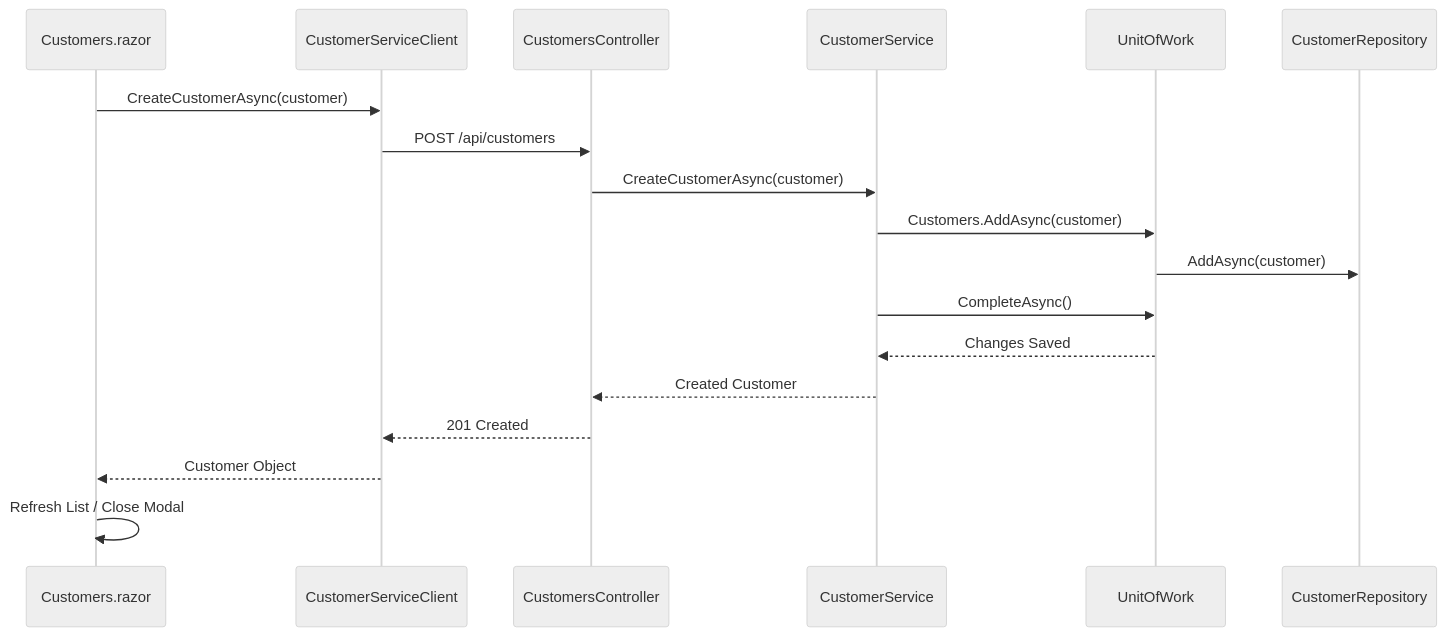
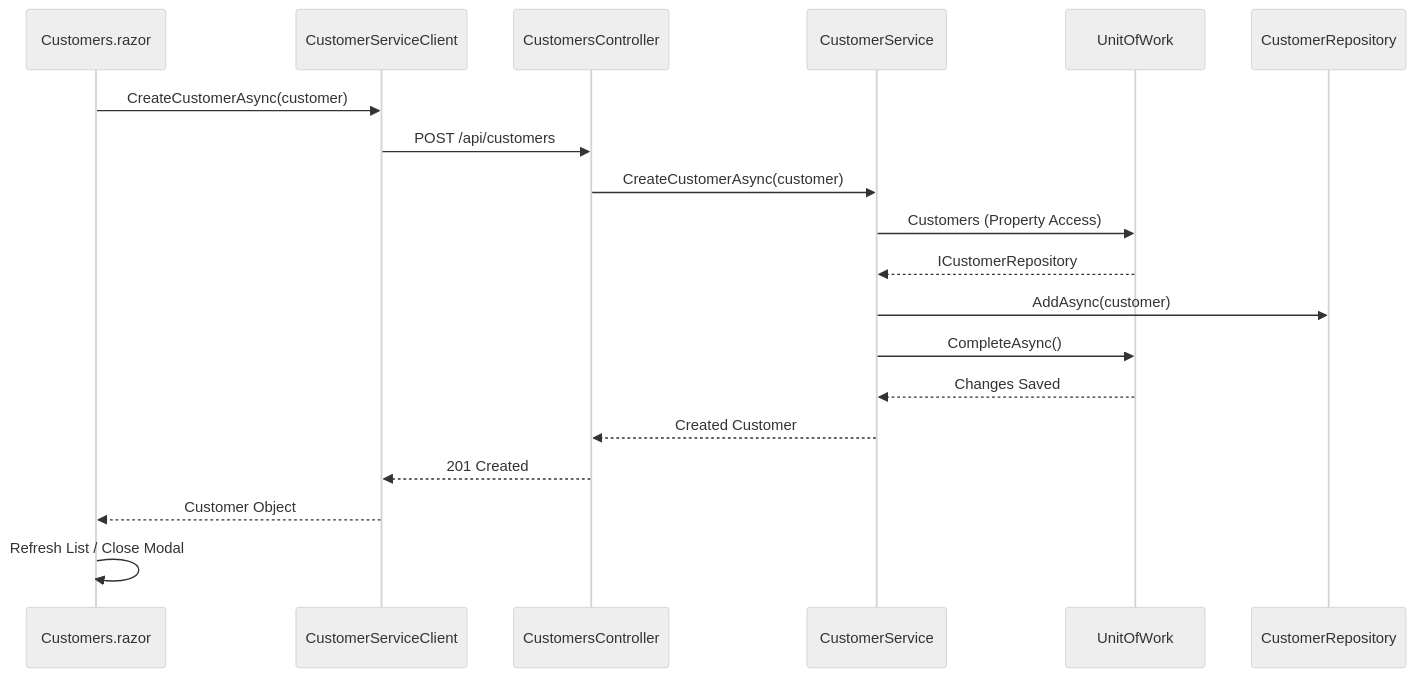
Before and after one commit to nbellias/EpsilonWebApp: the fifth of 8 diagrams in README.md, drawn with Mermaid (neutral theme). The commit also changed other lines of this file and 24 other files, not shown here.

````diff
--- a/README.md
+++ b/README.md
@@ -200,21 +218,22 @@
 ```mermaid
 sequenceDiagram
     participant UI as Customers.razor
     participant Client as CustomerServiceClient
     participant API as CustomersController
     participant Service as CustomerService
     participant UoW as UnitOfWork
     participant Repo as CustomerRepository
 
     UI->>Client: CreateCustomerAsync(customer)
     Client->>API: POST /api/customers
     API->>Service: CreateCustomerAsync(customer)
-    Service->>UoW: Customers.AddAsync(customer)
-    UoW->>Repo: AddAsync(customer)
+    Service->>UoW: Customers (Property Access)
+    UoW-->>Service: ICustomerRepository
+    Service->>Repo: AddAsync(customer)
     Service->>UoW: CompleteAsync()
     UoW-->>Service: Changes Saved
     Service-->>API: Created Customer
     API-->>Client: 201 Created
     Client-->>UI: Customer Object
     UI->>UI: Refresh List / Close Modal
 ```
````
